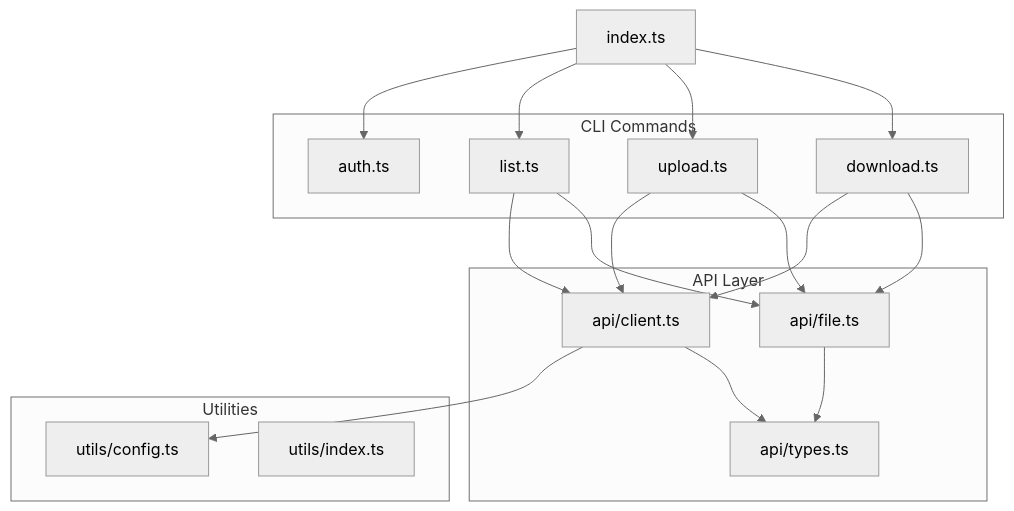
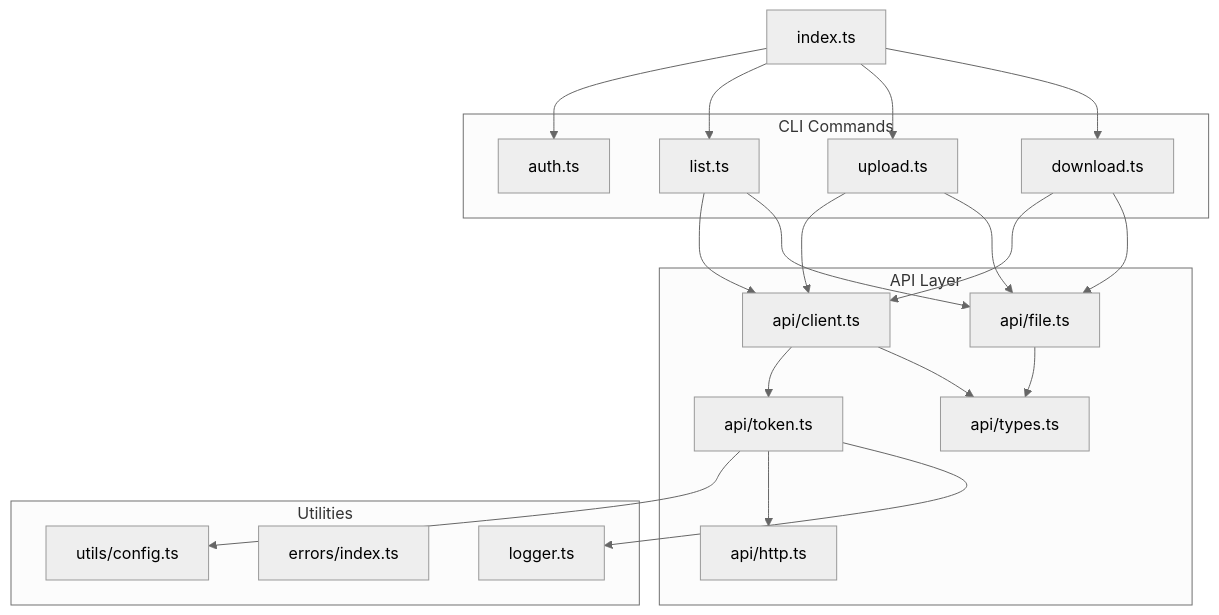
Before and after one commit to yuexiaoliang/baiduwangpan-manager: the first of 7 diagrams in .qoder/repowiki/en/content/Authentication System/Token Management and Persistence.md, drawn with Mermaid (neutral theme). The commit also changed other lines of this file and 30 other files, not shown here.

````diff
--- a/.qoder/repowiki/en/content/Authentication System/Token Management and Persistence.md
+++ b/.qoder/repowiki/en/content/Authentication System/Token Management and Persistence.md
@@ -41,32 +58,38 @@
 ```mermaid
 graph TB
 subgraph "CLI Commands"
 AUTH["auth.ts"]
 LIST["list.ts"]
 UPLOAD["upload.ts"]
 DOWNLOAD["download.ts"]
 end
 subgraph "API Layer"
 CLIENT["api/client.ts"]
+TOKEN["api/token.ts"]
 FILEAPI["api/file.ts"]
+HTTP["api/http.ts"]
 TYPES["api/types.ts"]
 end
 subgraph "Utilities"
 CONFIG["utils/config.ts"]
-UTILS["utils/index.ts"]
+ERRORS["errors/index.ts"]
+LOGGER["logger.ts"]
 end
 INDEX["index.ts"]
 INDEX --> AUTH
 INDEX --> LIST
 INDEX --> UPLOAD
 INDEX --> DOWNLOAD
 LIST --> CLIENT
 UPLOAD --> CLIENT
 DOWNLOAD --> CLIENT
-CLIENT --> CONFIG
+CLIENT --> TOKEN
+TOKEN --> CONFIG
+TOKEN --> HTTP
+TOKEN --> LOGGER
 CLIENT --> TYPES
 FILEAPI --> TYPES
 DOWNLOAD --> FILEAPI
 UPLOAD --> FILEAPI
 LIST --> FILEAPI
 ```
````
